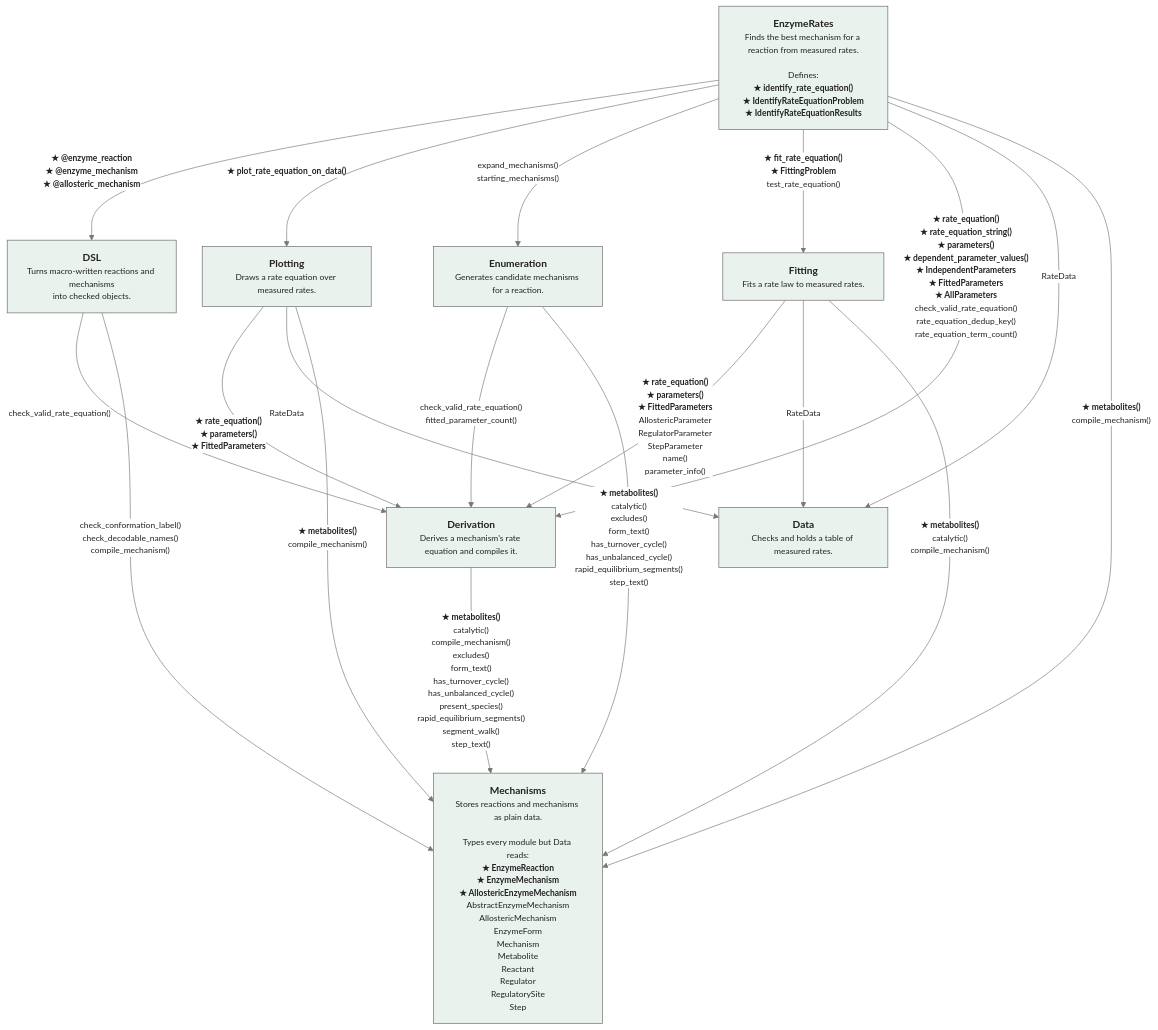
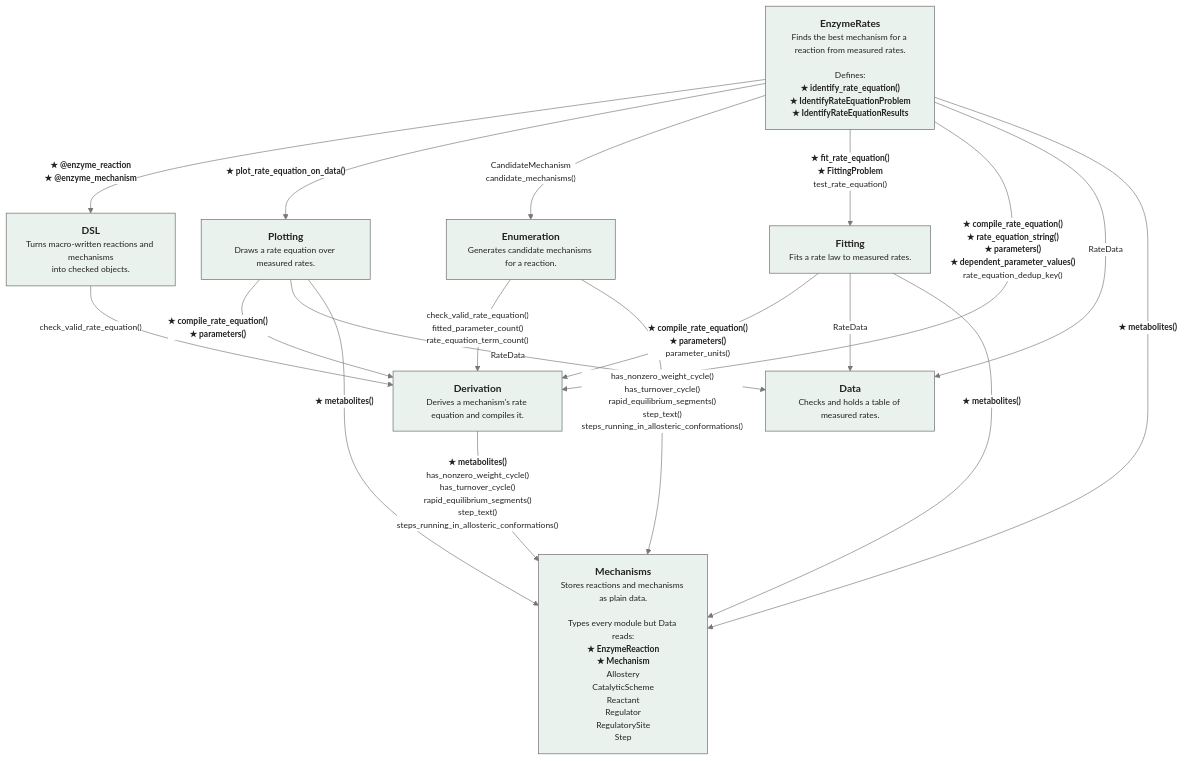
One commit to DenisTitovLab/EnzymeRates.jl changed the diagram in docs/src/developer.md. Above: the diagram before and after it, drawn with Mermaid. The commit also changed other lines of this file and 130 other files, not shown here.

````diff
--- a/docs/src/developer.md
+++ b/docs/src/developer.md
@@ -26,36 +22,35 @@
 ```mermaid
 %%{init: {"theme": "base", "flowchart": {"curve": "basis", "nodeSpacing": 40, "rankSpacing": 70, "htmlLabels": true},
   "themeVariables": {"fontFamily": "Helvetica, Arial, sans-serif", "fontSize": "13px",
   "primaryColor": "#ffffff", "primaryBorderColor": "#666666", "primaryTextColor": "#222222",
   "lineColor": "#777777", "edgeLabelBackground": "#ffffff", "clusterBkg": "#eaf2ee",
   "clusterBorder": "#666666", "titleColor": "#1f4f42"}}}%%
 flowchart TB
   top["<b><big>EnzymeRates</big></b><br/>Finds the best mechanism for a reaction from measured rates.<br/><br/>Defines:<br/><b>★#nbsp;identify_rate_equation()</b><br/><b>★#nbsp;IdentifyRateEquationProblem</b><br/><b>★#nbsp;IdentifyRateEquationResults</b>"]
   dsl["<b><big>DSL</big></b><br/>Turns macro-written reactions and mechanisms<br/>into checked objects."]
   plot["<b><big>Plotting</big></b><br/>Draws a rate equation over measured rates."]
   enum["<b><big>Enumeration</big></b><br/>Generates candidate mechanisms for a reaction."]
   fit["<b><big>Fitting</big></b><br/>Fits a rate law to measured rates."]
   der["<b><big>Derivation</big></b><br/>Derives a mechanism's rate equation and compiles it."]
   data["<b><big>Data</big></b><br/>Checks and holds a table of measured rates."]
-  mech["<b><big>Mechanisms</big></b><br/>Stores reactions and mechanisms as plain data.<br/><br/>Types every module but Data reads:<br/><b>★#nbsp;EnzymeReaction</b><br/><b>★#nbsp;EnzymeMechanism</b><br/><b>★#nbsp;AllostericEnzymeMechanism</b><br/>AbstractEnzymeMechanism<br/>AllostericMechanism<br/>EnzymeForm<br/>Mechanism<br/>Metabolite<br/>Reactant<br/>Regulator<br/>RegulatorySite<br/>Step"]
-  top -->|"<b>★#nbsp;@enzyme_reaction</b><br/><b>★#nbsp;@enzyme_mechanism</b><br/><b>★#nbsp;@allosteric_mechanism</b>"| dsl
+  mech["<b><big>Mechanisms</big></b><br/>Stores reactions and mechanisms as plain data.<br/><br/>Types every module but Data reads:<br/><b>★#nbsp;EnzymeReaction</b><br/><b>★#nbsp;Mechanism</b><br/>Allostery<br/>CatalyticScheme<br/>Reactant<br/>Regulator<br/>RegulatorySite<br/>Step"]
+  top -->|"<b>★#nbsp;@enzyme_reaction</b><br/><b>★#nbsp;@enzyme_mechanism</b>"| dsl
   top -->|"<b>★#nbsp;plot_rate_equation_on_data()</b>"| plot
-  top -->|"expand_mechanisms()<br/>starting_mechanisms()"| enum
+  top -->|"CandidateMechanism<br/>candidate_mechanisms()"| enum
   top -->|"<b>★#nbsp;fit_rate_equation()</b><br/><b>★#nbsp;FittingProblem</b><br/>test_rate_equation()"| fit
-  top -->|"<b>★#nbsp;rate_equation()</b><br/><b>★#nbsp;rate_equation_string()</b><br/><b>★#nbsp;parameters()</b><br/><b>★#nbsp;dependent_parameter_values()</b><br/><b>★#nbsp;IndependentParameters</b><br/><b>★#nbsp;FittedParameters</b><br/><b>★#nbsp;AllParameters</b><br/>check_valid_rate_equation()<br/>rate_equation_dedup_key()<br/>rate_equation_term_count()"| der
+  top -->|"<b>★#nbsp;compile_rate_equation()</b><br/><b>★#nbsp;rate_equation_string()</b><br/><b>★#nbsp;parameters()</b><br/><b>★#nbsp;dependent_parameter_values()</b><br/>rate_equation_dedup_key()"| der
   top -->|"RateData"| data
-  top -->|"<b>★#nbsp;metabolites()</b><br/>compile_mechanism()"| mech
+  top -->|"<b>★#nbsp;metabolites()</b>"| mech
   dsl -->|"check_valid_rate_equation()"| der
-  dsl -->|"check_conformation_label()<br/>check_decodable_names()<br/>compile_mechanism()"| mech
-  plot -->|"<b>★#nbsp;rate_equation()</b><br/><b>★#nbsp;parameters()</b><br/><b>★#nbsp;FittedParameters</b>"| der
+  plot -->|"<b>★#nbsp;compile_rate_equation()</b><br/><b>★#nbsp;parameters()</b>"| der
   plot -->|"RateData"| data
-  plot -->|"<b>★#nbsp;metabolites()</b><br/>compile_mechanism()"| mech
-  enum -->|"check_valid_rate_equation()<br/>fitted_parameter_count()"| der
-  enum -->|"<b>★#nbsp;metabolites()</b><br/>catalytic()<br/>excludes()<br/>form_text()<br/>has_turnover_cycle()<br/>has_unbalanced_cycle()<br/>rapid_equilibrium_segments()<br/>step_text()"| mech
-  fit -->|"<b>★#nbsp;rate_equation()</b><br/><b>★#nbsp;parameters()</b><br/><b>★#nbsp;FittedParameters</b><br/>AllostericParameter<br/>RegulatorParameter<br/>StepParameter<br/>name()<br/>parameter_info()"| der
+  plot -->|"<b>★#nbsp;metabolites()</b>"| mech
+  enum -->|"check_valid_rate_equation()<br/>fitted_parameter_count()<br/>rate_equation_term_count()"| der
+  enum -->|"has_nonzero_weight_cycle()<br/>has_turnover_cycle()<br/>rapid_equilibrium_segments()<br/>step_text()<br/>steps_running_in_allosteric_conformations()"| mech
+  fit -->|"<b>★#nbsp;compile_rate_equation()</b><br/><b>★#nbsp;parameters()</b><br/>parameter_units()"| der
   fit -->|"RateData"| data
-  fit -->|"<b>★#nbsp;metabolites()</b><br/>catalytic()<br/>compile_mechanism()"| mech
-  der -->|"<b>★#nbsp;metabolites()</b><br/>catalytic()<br/>compile_mechanism()<br/>excludes()<br/>form_text()<br/>has_turnover_cycle()<br/>has_unbalanced_cycle()<br/>present_species()<br/>rapid_equilibrium_segments()<br/>segment_walk()<br/>step_text()"| mech
+  fit -->|"<b>★#nbsp;metabolites()</b>"| mech
+  der -->|"<b>★#nbsp;metabolites()</b><br/>has_nonzero_weight_cycle()<br/>has_turnover_cycle()<br/>rapid_equilibrium_segments()<br/>step_text()<br/>steps_running_in_allosteric_conformations()"| mech
   classDef mod fill:#eaf2ee,stroke:#666666,color:#222222;
   class top,dsl,plot,enum,fit,der,data,mech mod;
 ```
````
